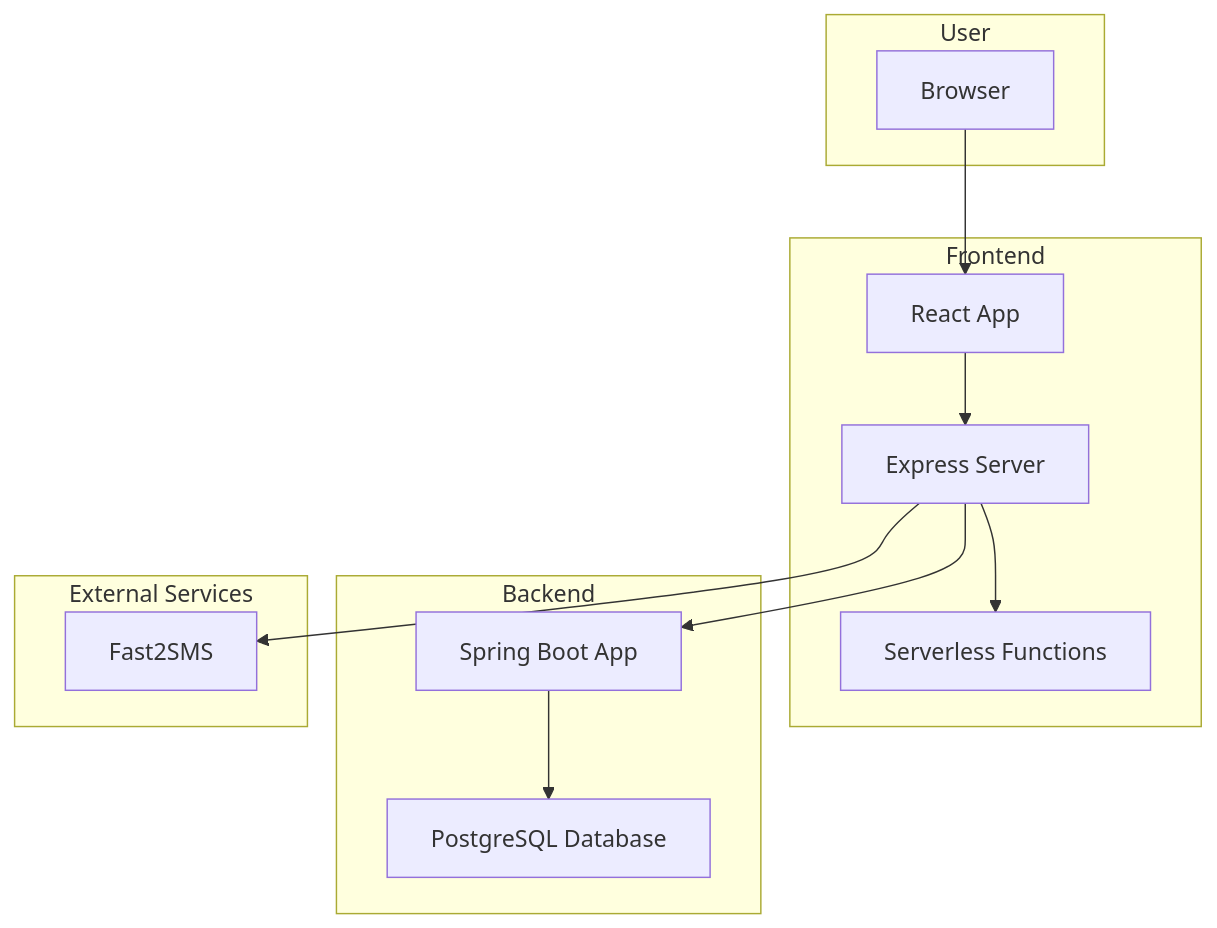
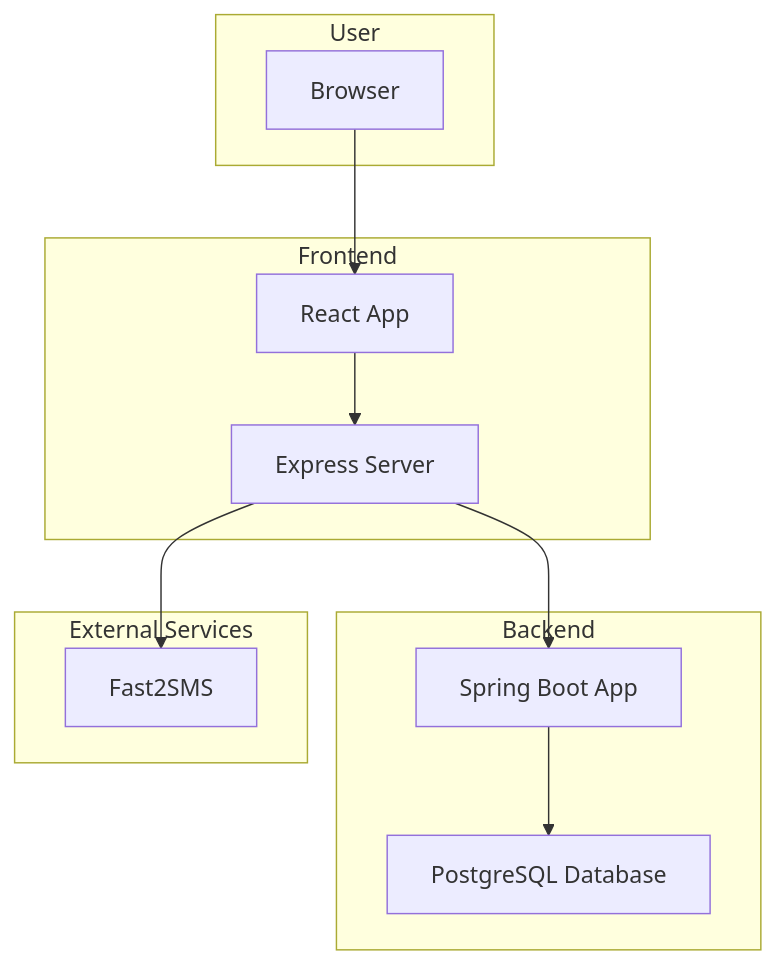
Before and after one commit to Subhankar-hub/professional-tax-portal: the diagram in architecture.md, drawn with Mermaid. The commit also changed other lines of this file and 168 other files, not shown here.

````diff
--- a/architecture.md
+++ b/architecture.md
@@ -3,28 +3,26 @@
 ```mermaid
 graph TD
     subgraph "User"
         A[Browser]
     end
 
     subgraph "Frontend"
         B[React App]
         C[Express Server]
-        D[Serverless Functions]
     end
 
     subgraph "Backend"
         E[Spring Boot App]
         F[PostgreSQL Database]
     end
 
     subgraph "External Services"
         G[Fast2SMS]
     end
 
     A --> B
     B --> C
-    C --> D
     C --> E
     C --> G
     E --> F
 ```
````
